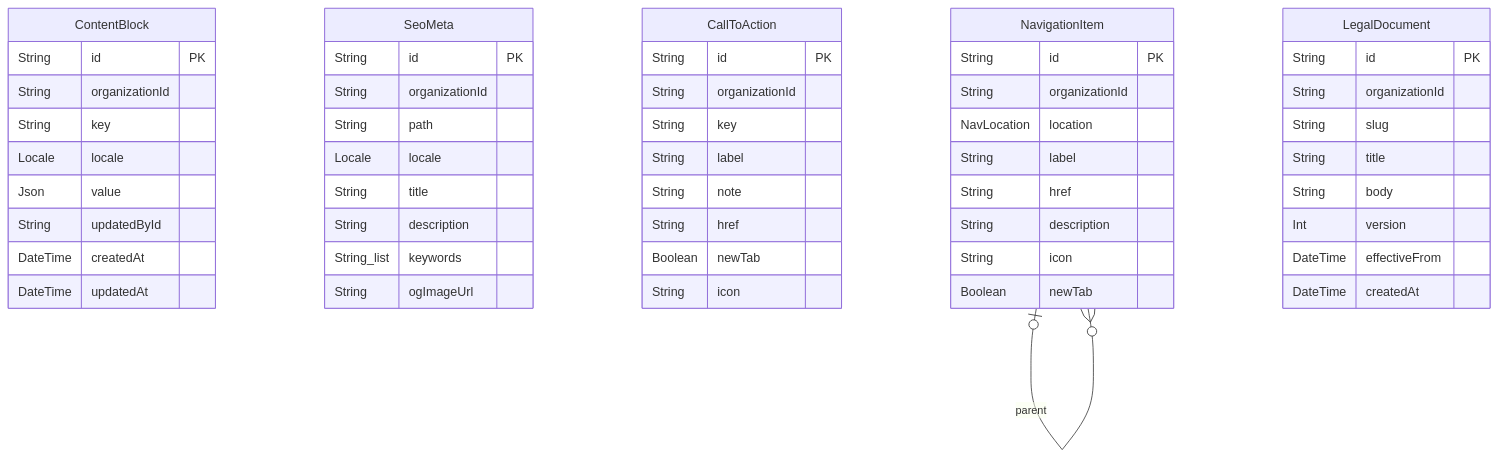
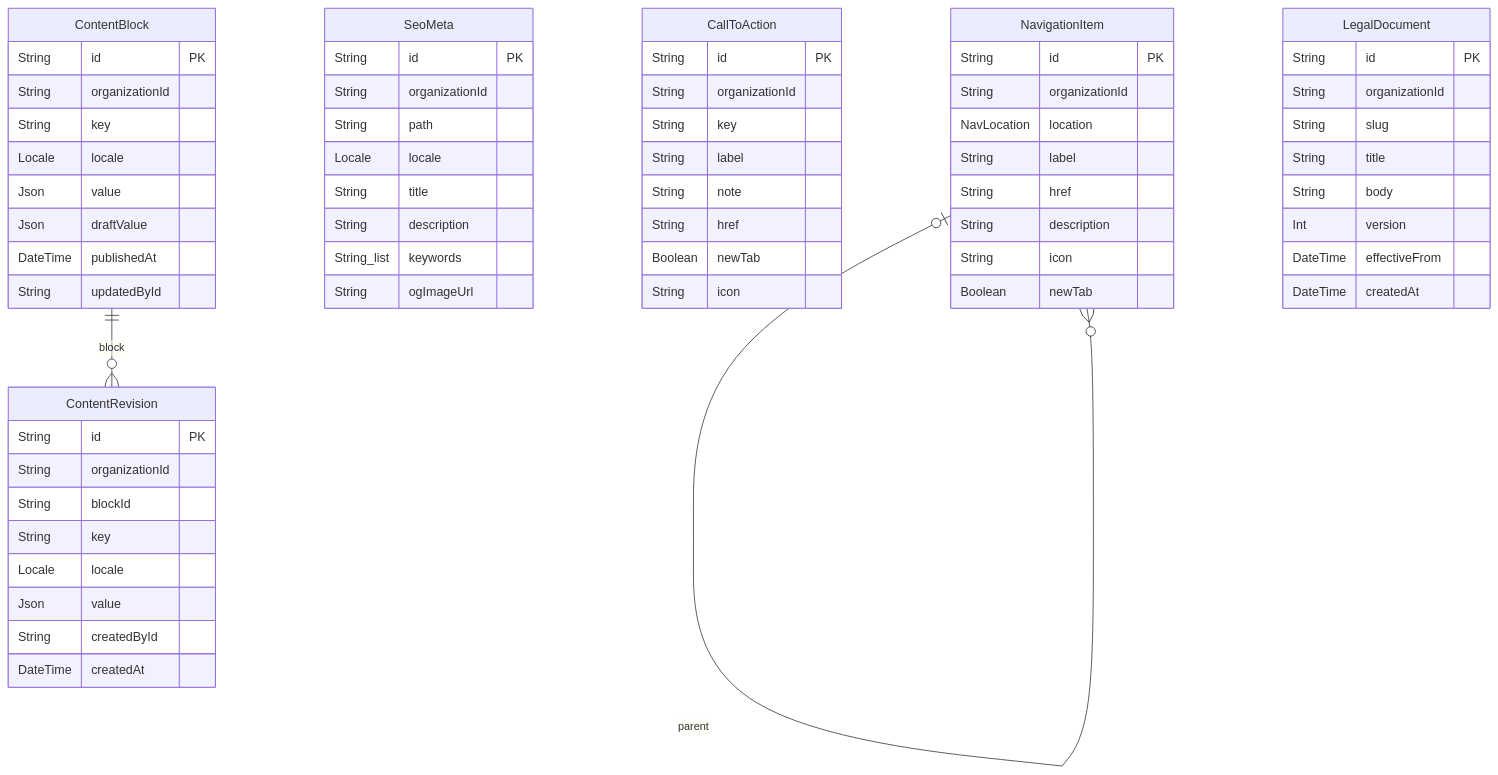
Diagram 11 of 12 in docs/DATABASE.md (javadqasemi/Clenaris), drawn with Mermaid before and after one commit. The commit also changed other lines of this file and 378 other files, not shown here.

````diff
--- a/docs/DATABASE.md
+++ b/docs/DATABASE.md
@@ -1019,54 +1031,65 @@
 ```mermaid
 erDiagram
   ContentBlock {
     String id PK
     String organizationId
     String key
     Locale locale
     Json value
+    Json draftValue
+    DateTime publishedAt
     String updatedById
+  }
+  ContentRevision {
+    String id PK
+    String organizationId
+    String blockId
+    String key
+    Locale locale
+    Json value
+    String createdById
     DateTime createdAt
-    DateTime updatedAt
   }
   SeoMeta {
     String id PK
     String organizationId
     String path
     Locale locale
     String title
     String description
     String_list keywords
     String ogImageUrl
   }
   CallToAction {
     String id PK
     String organizationId
     String key
     String label
     String note
     String href
     Boolean newTab
     String icon
   }
   NavigationItem {
     String id PK
     String organizationId
     NavLocation location
     String label
     String href
     String description
     String icon
     Boolean newTab
   }
   LegalDocument {
     String id PK
     String organizationId
     String slug
     String title
     String body
     Int version
     DateTime effectiveFrom
     DateTime createdAt
   }
+  ContentBlock ||--o{ ContentRevision : "block"
   NavigationItem |o--o{ NavigationItem : "parent"
 ```
````
